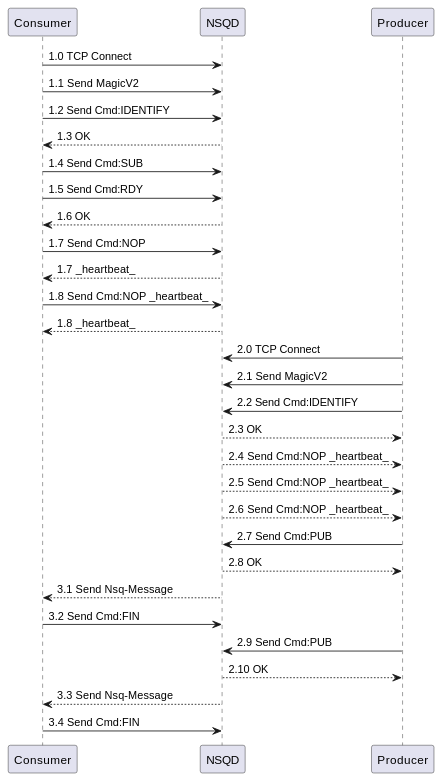
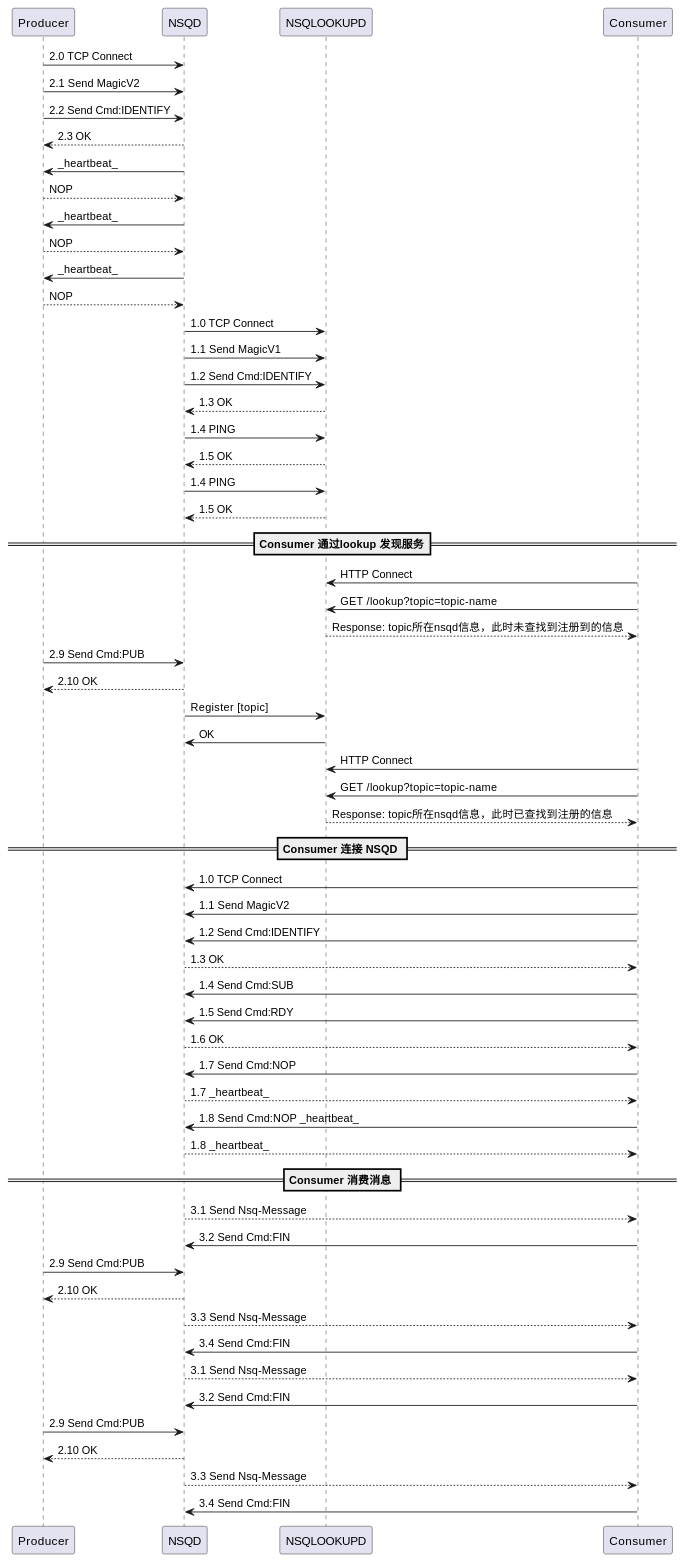
The second of 2 diagrams in node/037/Nsq学习笔记.md (GeneralSandman/zhenhuli-blog), drawn with PlantUML before and after one commit. The commit also changed other lines of this file and 10 other files, not shown here.

````diff
--- a/node/037/Nsq学习笔记.md
+++ b/node/037/Nsq学习笔记.md
@@ -172,5 +179,59 @@
 ```plantuml
 @startuml
+
+skinparam responseMessageBelowArrow true
+participant Producer order 1
+participant NSQD order 2
+participant NSQLOOKUPD order 3
+participant Consumer order 4
+
+
+Producer -> NSQD: 	2.0 TCP Connect
+Producer -> NSQD:	2.1 Send MagicV2
+Producer -> NSQD:	2.2 Send Cmd:IDENTIFY
+NSQD --> Producer:  2.3 OK
+
+
+NSQD -> Producer:  _heartbeat_
+Producer --> NSQD:	NOP
+NSQD -> Producer:  _heartbeat_
+Producer --> NSQD:	NOP
+NSQD -> Producer:  _heartbeat_
+Producer --> NSQD:	NOP
+
+
+
+NSQD -> NSQLOOKUPD:   1.0 TCP Connect
+NSQD -> NSQLOOKUPD:   1.1 Send MagicV1
+NSQD -> NSQLOOKUPD:   1.2 Send Cmd:IDENTIFY
+NSQLOOKUPD --> NSQD:  1.3 OK
+NSQD -> NSQLOOKUPD:   1.4 PING
+NSQLOOKUPD --> NSQD:  1.5 OK
+NSQD -> NSQLOOKUPD:   1.4 PING
+NSQLOOKUPD --> NSQD:  1.5 OK
+
+
+== Consumer 通过lookup 发现服务==
+
+actor Consumer #red
+
+Consumer -> NSQLOOKUPD:		HTTP Connect
+Consumer -> NSQLOOKUPD: 	GET /lookup?topic=topic-name
+NSQLOOKUPD --> Consumer:	Response: topic所在nsqd信息，此时未查找到注册到的信息
+
+Producer -> NSQD:	2.9 Send Cmd:PUB
+NSQD --> Producer:  2.10 OK
+
+NSQD -> NSQLOOKUPD:   Register [topic]
+NSQLOOKUPD -> NSQD:   OK
+
+Consumer -> NSQLOOKUPD:		HTTP Connect
+Consumer -> NSQLOOKUPD: 	GET /lookup?topic=topic-name
+NSQLOOKUPD --> Consumer:	Response: topic所在nsqd信息，此时已查找到注册的信息
+
+
+== Consumer 连接 NSQD ==
+
 Consumer -> NSQD:   1.0 TCP Connect
 Consumer -> NSQD:   1.1 Send MagicV2
 Consumer -> NSQD:   1.2 Send Cmd:IDENTIFY
@@ -184,15 +245,19 @@
 NSQD --> Consumer:	1.8 _heartbeat_
 
 
-Producer -> NSQD: 	2.0 TCP Connect
-Producer -> NSQD:	2.1 Send MagicV2
-Producer -> NSQD:	2.2 Send Cmd:IDENTIFY
-NSQD --> Producer:  2.3 OK
-NSQD --> Producer:  2.4 Send Cmd:NOP _heartbeat_
-NSQD --> Producer:  2.5 Send Cmd:NOP _heartbeat_
-NSQD --> Producer:  2.6 Send Cmd:NOP _heartbeat_
-Producer -> NSQD:	2.7 Send Cmd:PUB
-NSQD --> Producer:  2.8 OK
+
+== Consumer 消费消息 ==
+
+
+NSQD --> Consumer:  3.1 Send Nsq-Message
+Consumer -> NSQD:   3.2 Send Cmd:FIN
+
+Producer -> NSQD:	2.9 Send Cmd:PUB
+NSQD --> Producer:  2.10 OK
+
+NSQD --> Consumer:  3.3 Send Nsq-Message
+Consumer -> NSQD:   3.4 Send Cmd:FIN
+
 
 
 NSQD --> Consumer:  3.1 Send Nsq-Message
````
